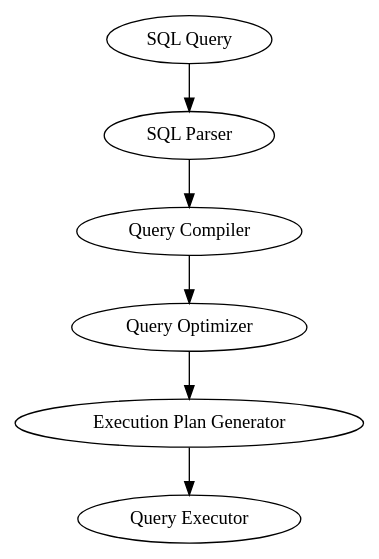
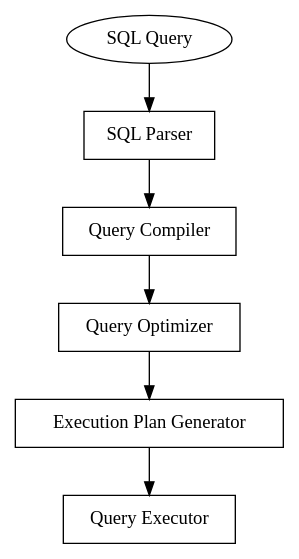
Before and after one commit to tiagoantao/some-database: the diagram in graph/basic/complete.dot, drawn with Graphviz. The commit also changed 2 other files, not shown here.

Commit message:
graphs for basic

```diff
--- a/graph/basic/complete.dot
+++ b/graph/basic/complete.dot
@@ -1,15 +1,15 @@
 
 digraph G {
     A [label="SQL Query"]
-    B [label="SQL Parser"]
-    C [label="Query Compiler"]
-    D [label="Query Optimizer"]
-    E [label="Execution Plan Generator"]
-    F [label="Query Executor"]
+    B [label="SQL Parser" shape=rect]
+    C [label="Query Compiler" shape=rect]
+    D [label="Query Optimizer" shape=rect]
+    E [label="Execution Plan Generator" shape=rect]
+    F [label="Query Executor" shape=rect]
 
     A -> B
     B -> C
     C -> D
     D -> E
     E -> F
 }
```
